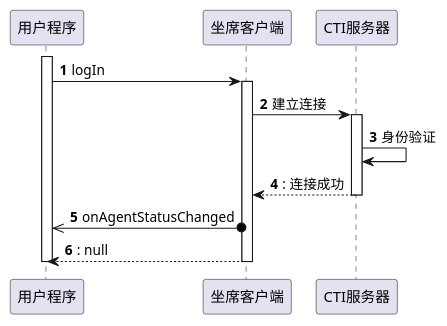
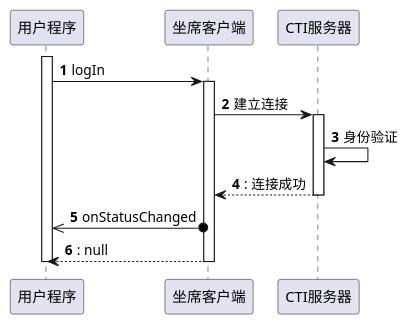
One commit to tanbro/ipsc6-agent changed the second of 2 diagrams in developer-guide/src/docs/api/abstract/json_rpc.md. Above: the diagram before and after it, drawn with PlantUML. The commit also changed other lines of this file and 24 other files, not shown here.

````diff
--- a/developer-guide/src/docs/api/abstract/json_rpc.md
+++ b/developer-guide/src/docs/api/abstract/json_rpc.md
@@ -199,18 +199,18 @@
 ```plantuml
 @startuml
 
 autonumber
 
 activate 用户程序
 用户程序 -> 坐席客户端: logIn
 activate 坐席客户端
 坐席客户端 -> CTI服务器: 建立连接
 activate CTI服务器
 CTI服务器 -> CTI服务器: 身份验证
 return: 连接成功
-用户程序 <<-o 坐席客户端: onAgentStatusChanged
+用户程序 <<-o 坐席客户端: onStatusChanged
 return: null
 deactivate 用户程序
 
 @enduml
 ```
````
